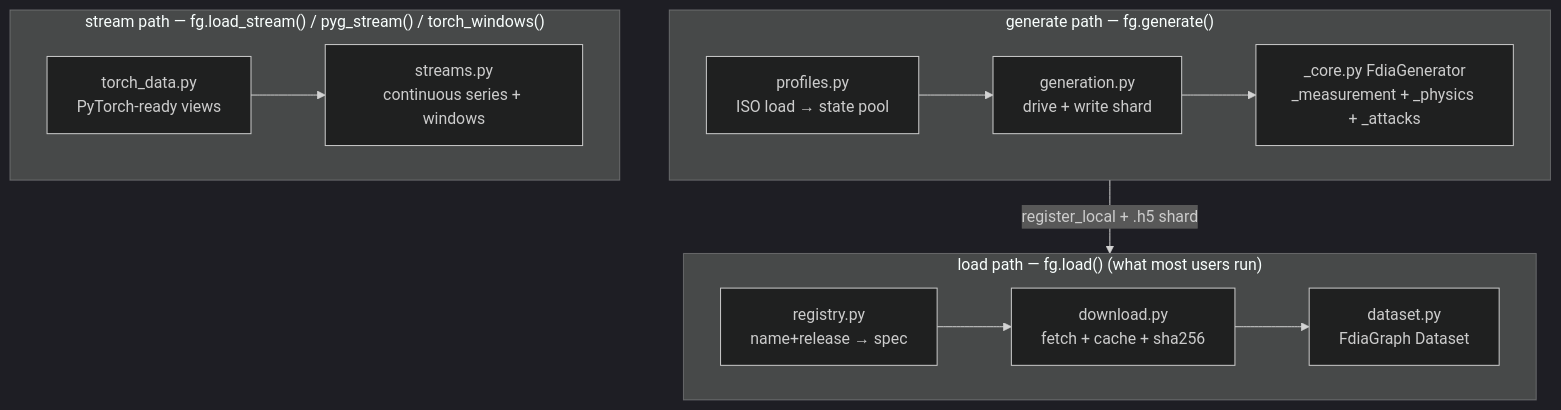
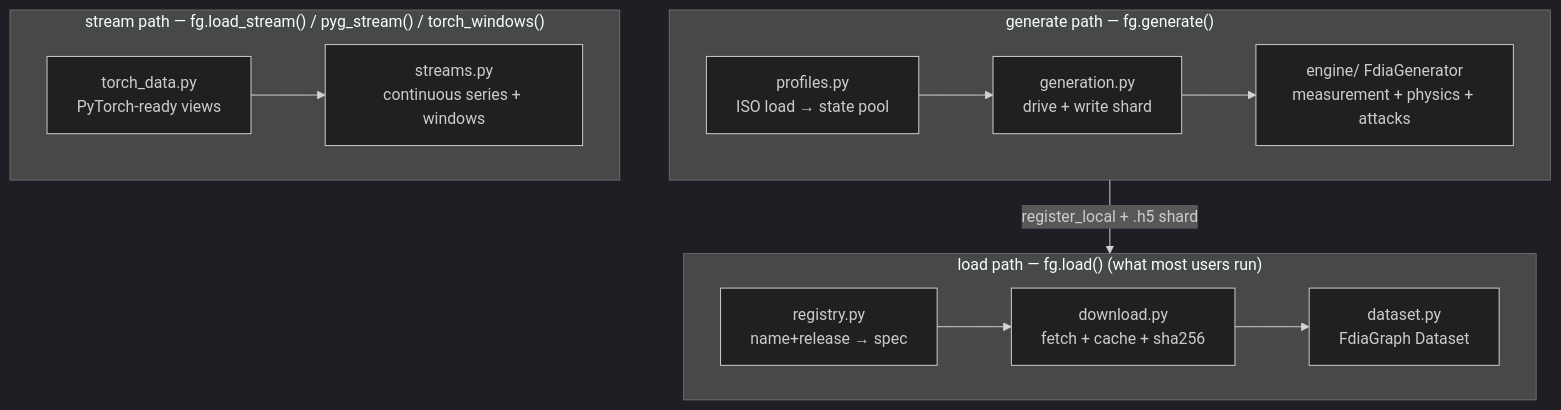
Before and after one commit to myersben9/fdia-graph: the diagram in docs/ROADMAP.md, drawn with Mermaid (dark theme). The commit also changed other lines of this file and 14 other files, not shown here.

First line of the commit message:
Move the generation engine into fdia_graph/engine/

````diff
--- a/docs/ROADMAP.md
+++ b/docs/ROADMAP.md
@@ -7,16 +7,16 @@
 ```mermaid
 flowchart TD
     subgraph GEN["generate path — fg.generate()"]
         direction LR
-        profiles["profiles.py<br/>ISO load → state pool"] --> generation["generation.py<br/>drive + write shard"] --> core["_core.py FdiaGenerator<br/>_measurement + _physics + _attacks"]
+        profiles["profiles.py<br/>ISO load → state pool"] --> generation["generation.py<br/>drive + write shard"] --> core["engine/ FdiaGenerator<br/>measurement + physics + attacks"]
     end
     subgraph LOAD["load path — fg.load()  (what most users run)"]
         direction LR
         registry["registry.py<br/>name+release → spec"] --> download["download.py<br/>fetch + cache + sha256"] --> dataset["dataset.py<br/>FdiaGraph Dataset"]
     end
     subgraph STREAM["stream path — fg.load_stream() / pyg_stream() / torch_windows()"]
         direction LR
         torchdata["torch_data.py<br/>PyTorch-ready views"] --> streams["streams.py<br/>continuous series + windows"]
     end
     GEN -->|"register_local + .h5 shard"| LOAD
 ```
````
